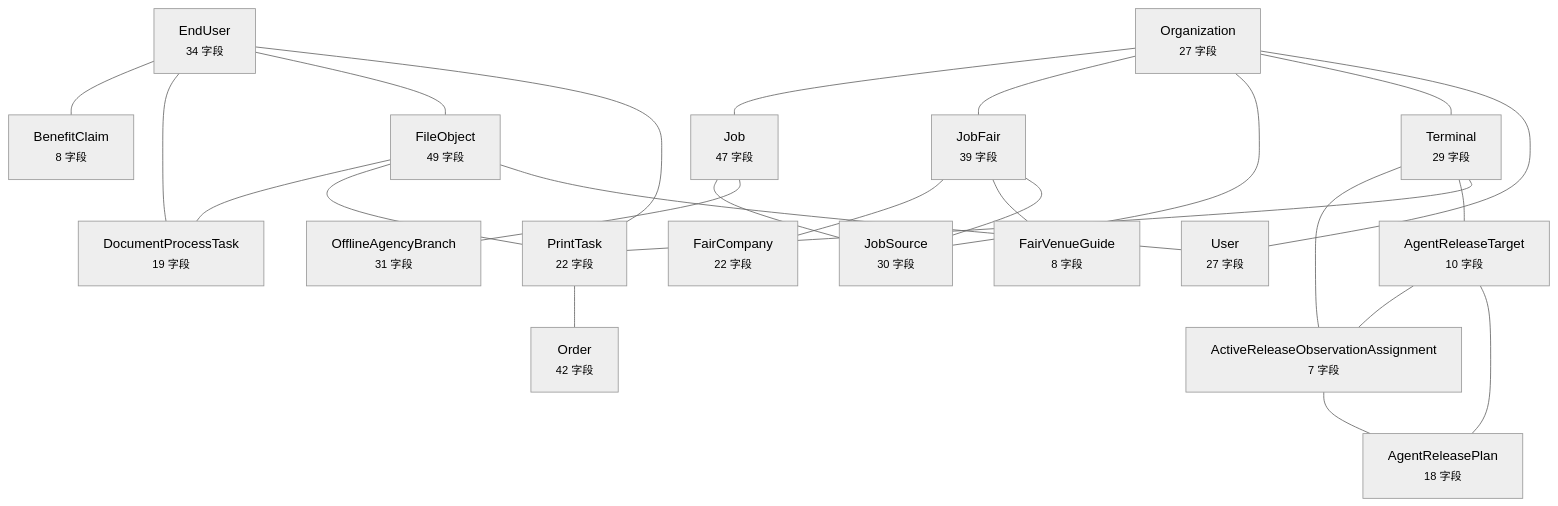
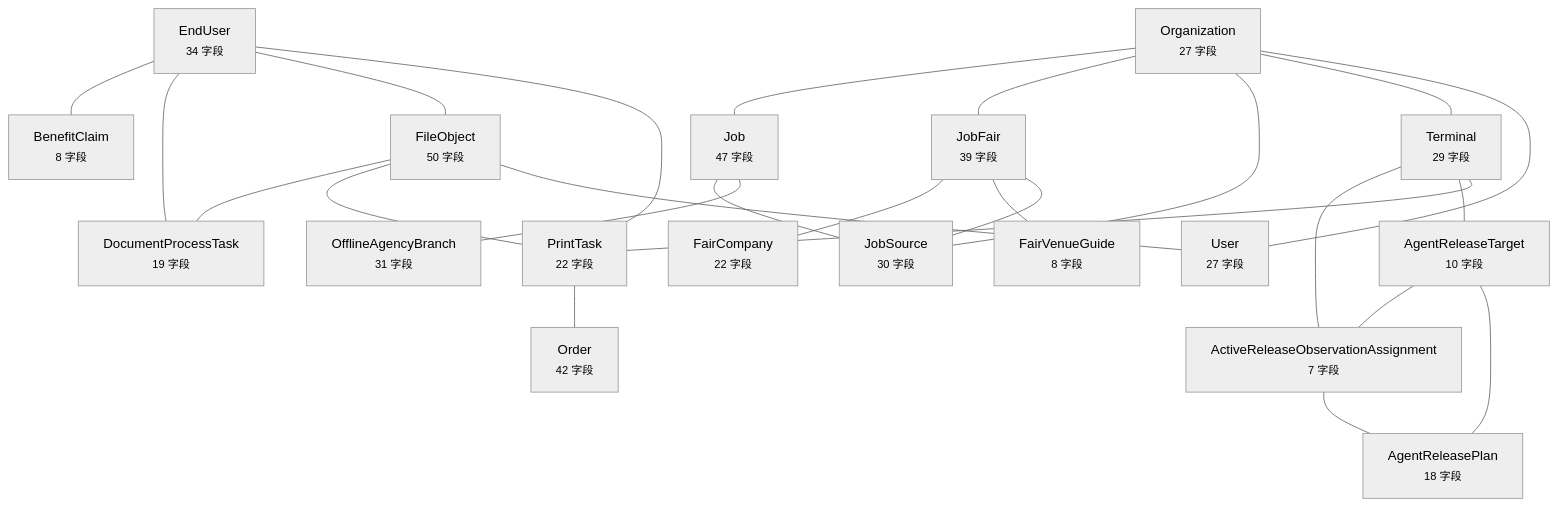
Before and after one commit to wanglei581/YITIJI: the diagram in docs/graph/data-model.md, drawn with Mermaid (neutral theme). The commit also changed other lines of this file and 4 other files, not shown here.

Commit message:
docs(progress): 文档页数记录；重新生成图谱

````diff
--- a/docs/graph/data-model.md
+++ b/docs/graph/data-model.md
@@ -10,45 +10,45 @@
 ```mermaid
 flowchart TD
   EndUser["EndUser<br/><small>34 字段</small>"]
   Organization["Organization<br/><small>27 字段</small>"]
   Terminal["Terminal<br/><small>29 字段</small>"]
-  FileObject["FileObject<br/><small>49 字段</small>"]
+  FileObject["FileObject<br/><small>50 字段</small>"]
   Job["Job<br/><small>47 字段</small>"]
   JobFair["JobFair<br/><small>39 字段</small>"]
   JobSource["JobSource<br/><small>30 字段</small>"]
   User["User<br/><small>27 字段</small>"]
   PrintTask["PrintTask<br/><small>22 字段</small>"]
   AgentReleaseTarget["AgentReleaseTarget<br/><small>10 字段</small>"]
   Order["Order<br/><small>42 字段</small>"]
   ActiveReleaseObservationAssignment["ActiveReleaseObservationAssignment<br/><small>7 字段</small>"]
   AgentReleasePlan["AgentReleasePlan<br/><small>18 字段</small>"]
   BenefitClaim["BenefitClaim<br/><small>8 字段</small>"]
   DocumentProcessTask["DocumentProcessTask<br/><small>19 字段</small>"]
   FairCompany["FairCompany<br/><small>22 字段</small>"]
   FairVenueGuide["FairVenueGuide<br/><small>8 字段</small>"]
   OfflineAgencyBranch["OfflineAgencyBranch<br/><small>31 字段</small>"]
   EndUser --- BenefitClaim
   EndUser --- DocumentProcessTask
   EndUser --- FileObject
   EndUser --- PrintTask
   Organization --- Job
   Organization --- JobFair
   Organization --- JobSource
   Organization --- Terminal
   Organization --- User
   Terminal --- ActiveReleaseObservationAssignment
   Terminal --- AgentReleaseTarget
   Terminal --- PrintTask
   FileObject --- DocumentProcessTask
   FileObject --- PrintTask
   FileObject --- User
   Job --- JobSource
   Job --- OfflineAgencyBranch
   JobFair --- FairCompany
   JobFair --- FairVenueGuide
   JobFair --- JobSource
   PrintTask --- Order
   AgentReleaseTarget --- ActiveReleaseObservationAssignment
   AgentReleaseTarget --- AgentReleasePlan
   ActiveReleaseObservationAssignment --- AgentReleasePlan
 ```
````
